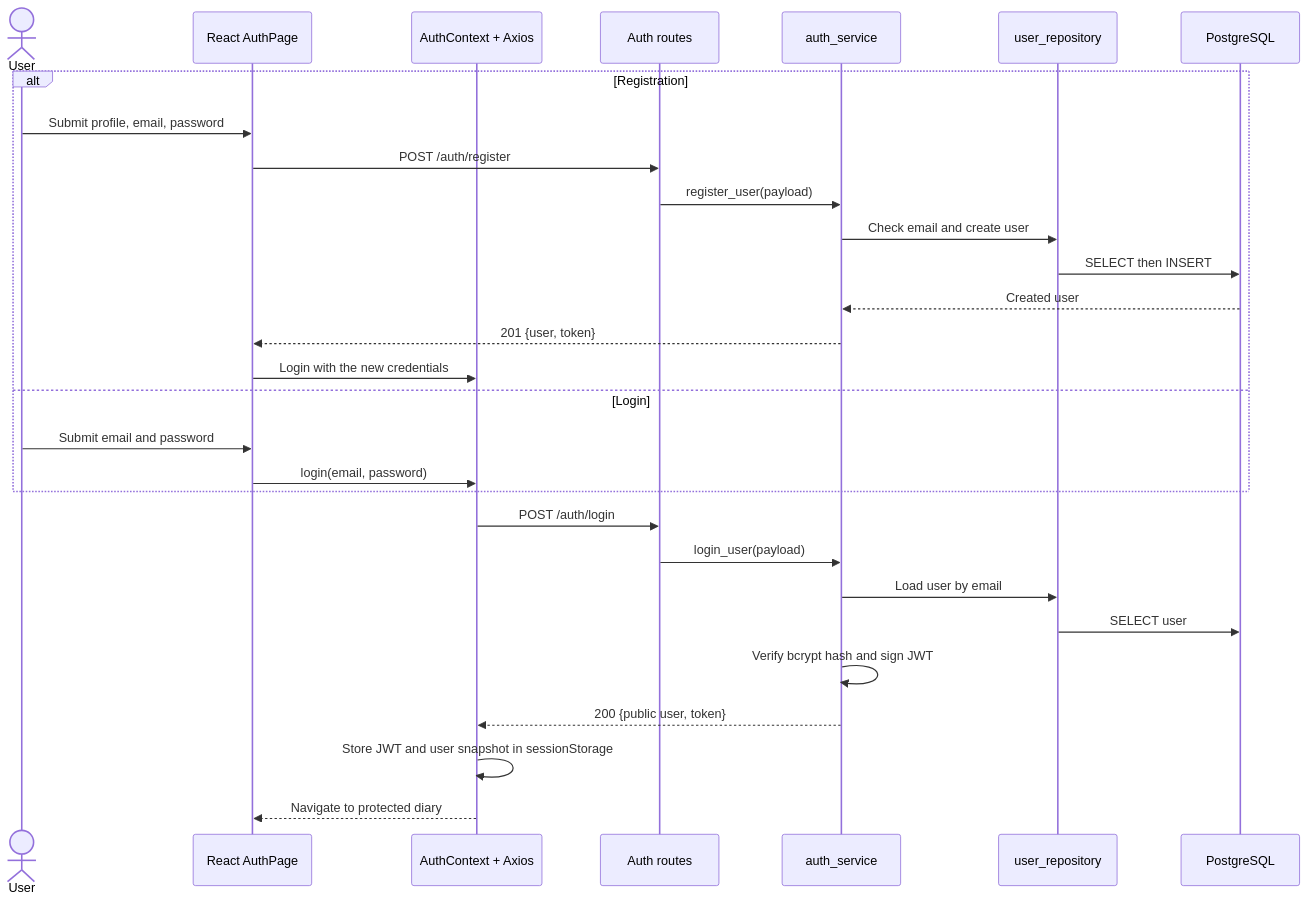
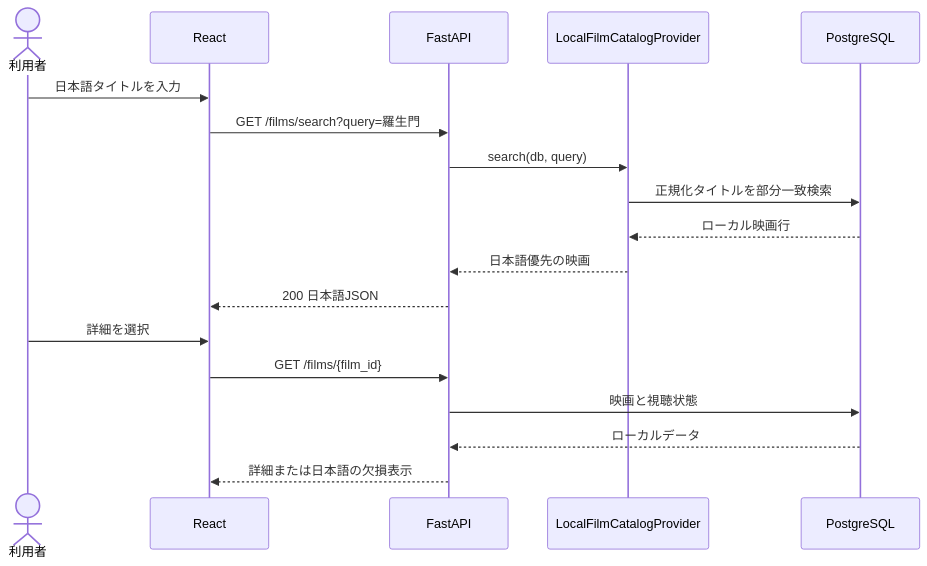
Before and after one commit to zahin-dev/Film-like: the first of 4 diagrams in docs/diagrams/SequenceDiagrams.md, drawn with Mermaid. The commit also changed other lines of this file and 89 other files, not shown here.

First line of the commit message:
Add Japanese offline film catalog (#5)

````diff
--- a/docs/diagrams/SequenceDiagrams.md
+++ b/docs/diagrams/SequenceDiagrams.md
@@ -7,33 +5,21 @@
 ```mermaid
 sequenceDiagram
-    actor User
-    participant UI as React AuthPage
-    participant Auth as AuthContext + Axios
-    participant Route as Auth routes
-    participant Service as auth_service
-    participant Repo as user_repository
+    actor User as 利用者
+    participant UI as React
+    participant API as FastAPI
+    participant Provider as LocalFilmCatalogProvider
     participant DB as PostgreSQL
 
-    alt Registration
-        User->>UI: Submit profile, email, password
-        UI->>Route: POST /auth/register
-        Route->>Service: register_user(payload)
-        Service->>Repo: Check email and create user
-        Repo->>DB: SELECT then INSERT
-        DB-->>Service: Created user
-        Service-->>UI: 201 {user, token}
-        UI->>Auth: Login with the new credentials
-    else Login
-        User->>UI: Submit email and password
-        UI->>Auth: login(email, password)
-    end
-
-    Auth->>Route: POST /auth/login
-    Route->>Service: login_user(payload)
-    Service->>Repo: Load user by email
-    Repo->>DB: SELECT user
-    Service->>Service: Verify bcrypt hash and sign JWT
-    Service-->>Auth: 200 {public user, token}
-    Auth->>Auth: Store JWT and user snapshot in sessionStorage
-    Auth-->>UI: Navigate to protected diary
+    User->>UI: 日本語タイトルを入力
+    UI->>API: GET /films/search?query=羅生門
+    API->>Provider: search(db, query)
+    Provider->>DB: 正規化タイトルを部分一致検索
+    DB-->>Provider: ローカル映画行
+    Provider-->>API: 日本語優先の映画
+    API-->>UI: 200 日本語JSON
+    User->>UI: 詳細を選択
+    UI->>API: GET /films/{film_id}
+    API->>DB: 映画と視聴状態
+    DB-->>API: ローカルデータ
+    API-->>UI: 詳細または日本語の欠損表示
 ```
````
